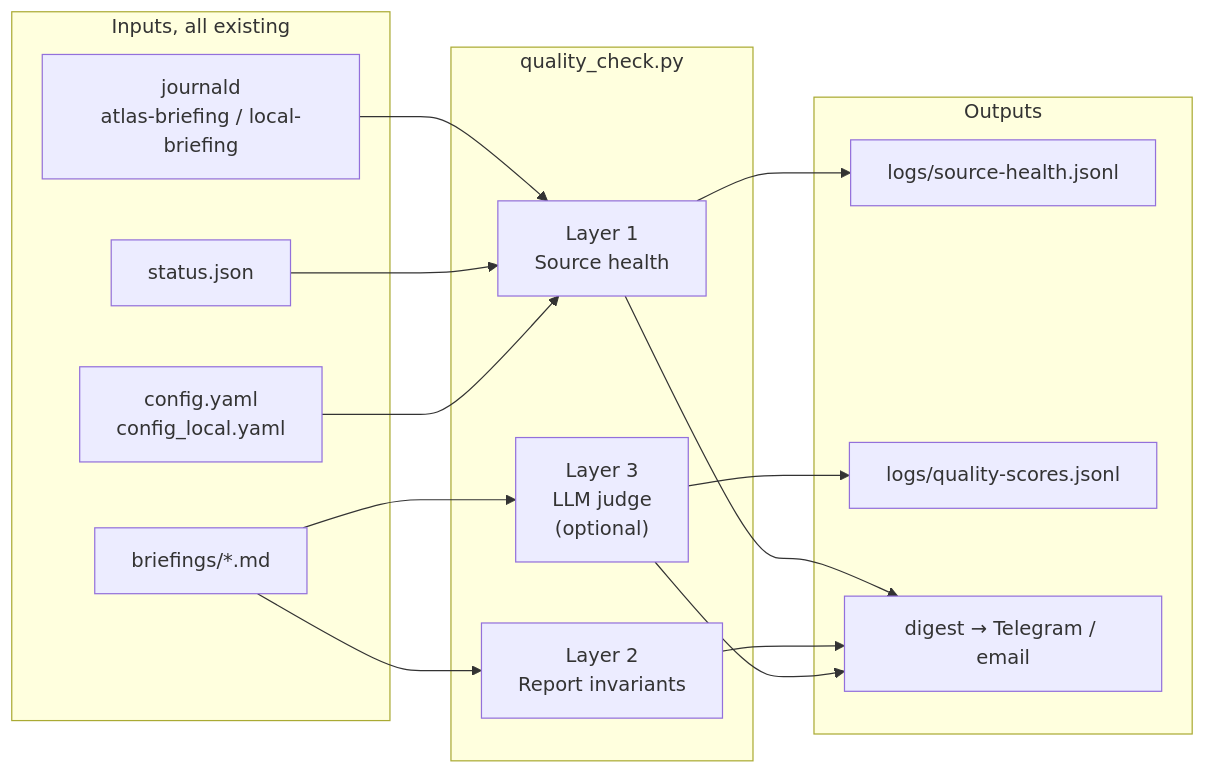
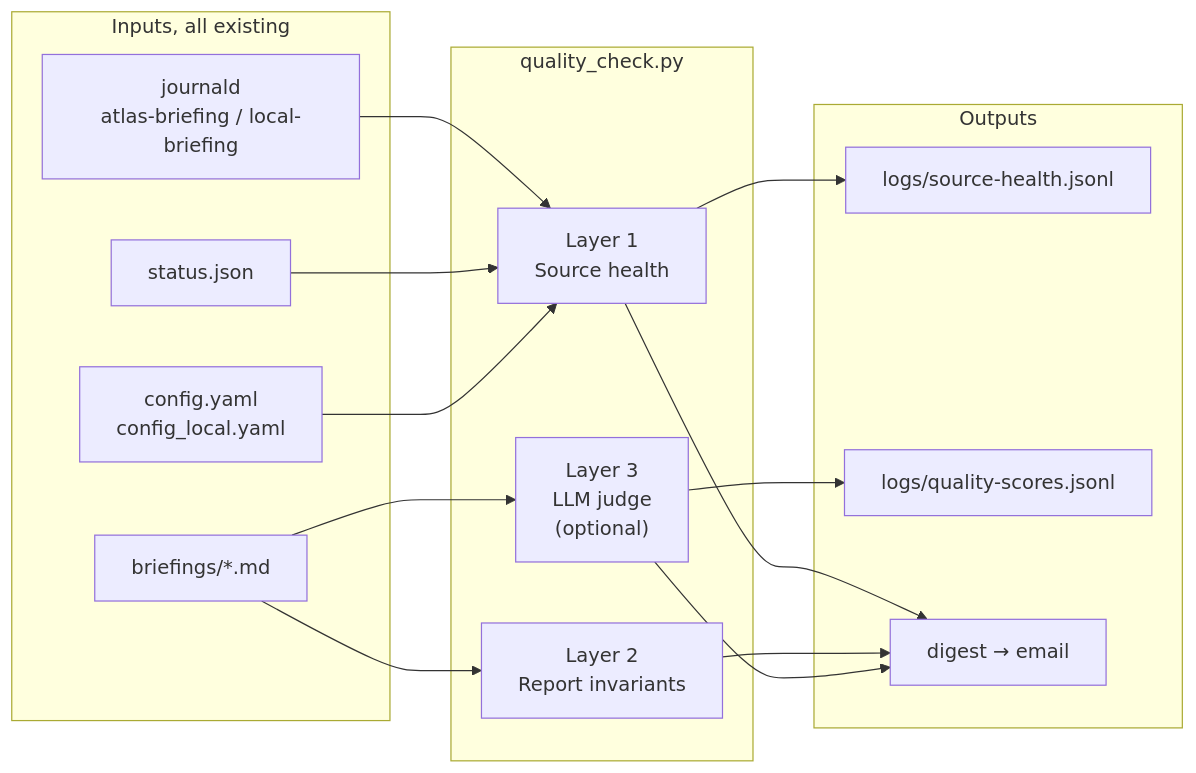
Before and after one commit to senderic/atlas-morning-briefing: the second of 2 diagrams in references/quality_monitoring_design.md, drawn with Mermaid. The commit also changed other lines of this file and 8 other files, not shown here.

````diff
--- a/references/quality_monitoring_design.md
+++ b/references/quality_monitoring_design.md
@@ -84,32 +84,32 @@
 ```mermaid
 flowchart LR
     subgraph inputs[Inputs, all existing]
         J["journald<br/>atlas-briefing / local-briefing"]
         S["status.json"]
         M["briefings/*.md"]
         C["config.yaml<br/>config_local.yaml"]
     end
 
     subgraph layers[quality_check.py]
         L1["Layer 1<br/>Source health"]
         L2["Layer 2<br/>Report invariants"]
         L3["Layer 3<br/>LLM judge<br/>(optional)"]
     end
 
     subgraph outputs[Outputs]
         H["logs/source-health.jsonl"]
         Q["logs/quality-scores.jsonl"]
-        D["digest → Telegram / email"]
+        D["digest → email"]
     end
 
     J --> L1
     S --> L1
     C --> L1
     M --> L2
     M --> L3
     L1 --> H
     L1 --> D
     L2 --> D
     L3 --> Q
     L3 --> D
 ```
````
